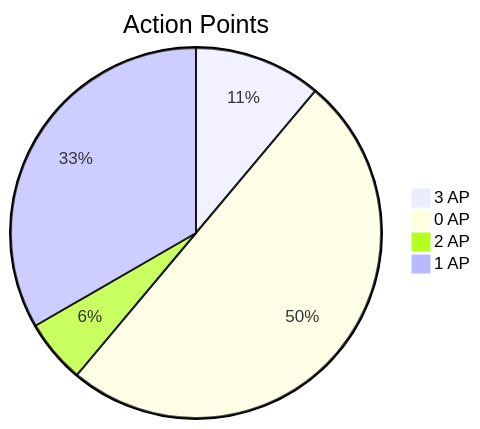
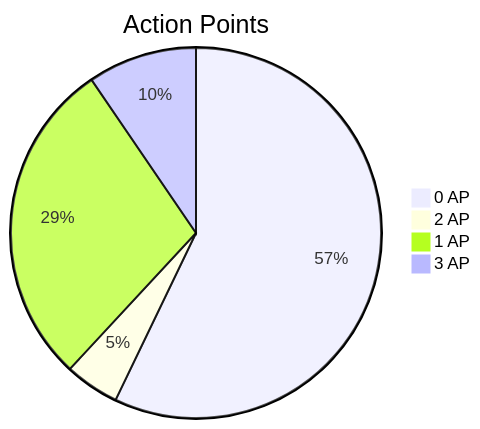
Before and after one commit to BigJk/end_of_eden: the first of 2 diagrams in docs/GAME_CONTENT_DOCS.md, drawn with Mermaid. The commit also changed other lines of this file, not shown here.

````diff
--- a/docs/GAME_CONTENT_DOCS.md
+++ b/docs/GAME_CONTENT_DOCS.md
@@ -61,8 +65,8 @@
 ```mermaid
 pie
 title Action Points
-"3 AP" : 2
-"0 AP" : 9
+"0 AP" : 12
 "2 AP" : 1
 "1 AP" : 6
+"3 AP" : 2
 ```
````
